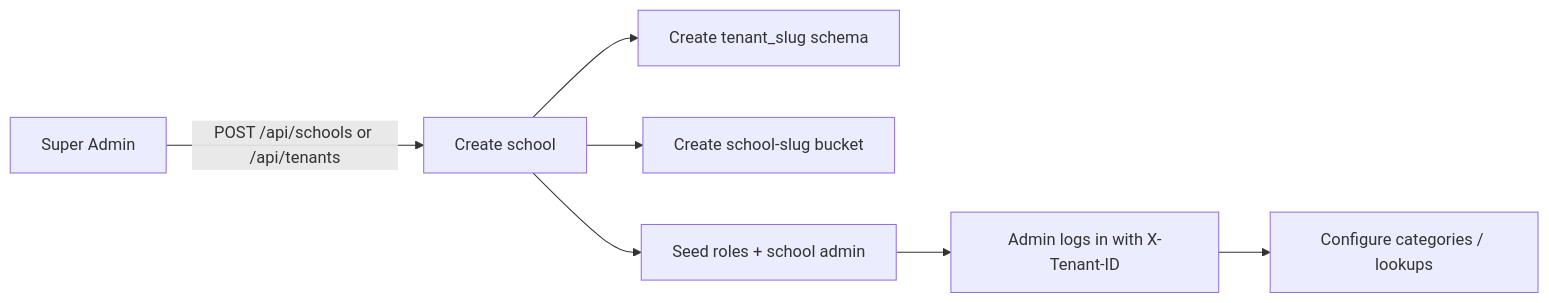
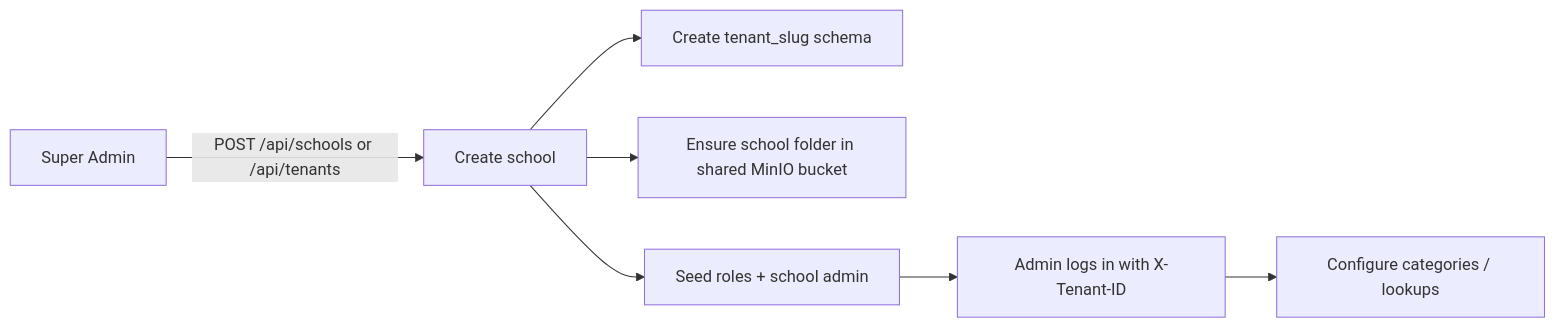
One commit to mirzasaikatahmmed/SaaS-based-School-Management-System-API changed the third of 5 diagrams in docs/SYSTEM_WORKFLOW.md. Above: the diagram before and after it, drawn with Mermaid. The commit also changed other lines of this file and 9 other files, not shown here.

Commit message:
feat: Refactor MinIO storage to use a shared bucket with school-specific folders and update related documentation

````diff
--- a/docs/SYSTEM_WORKFLOW.md
+++ b/docs/SYSTEM_WORKFLOW.md
@@ -89,9 +89,9 @@
 ```mermaid
 flowchart LR
   A[Super Admin] -->|POST /api/schools or /api/tenants| B[Create school]
   B --> C[Create tenant_slug schema]
-  B --> D[Create school-slug bucket]
+  B --> D[Ensure school folder in shared MinIO bucket]
   B --> E[Seed roles + school admin]
   E --> F[Admin logs in with X-Tenant-ID]
   F --> G[Configure categories / lookups]
 ```
````
